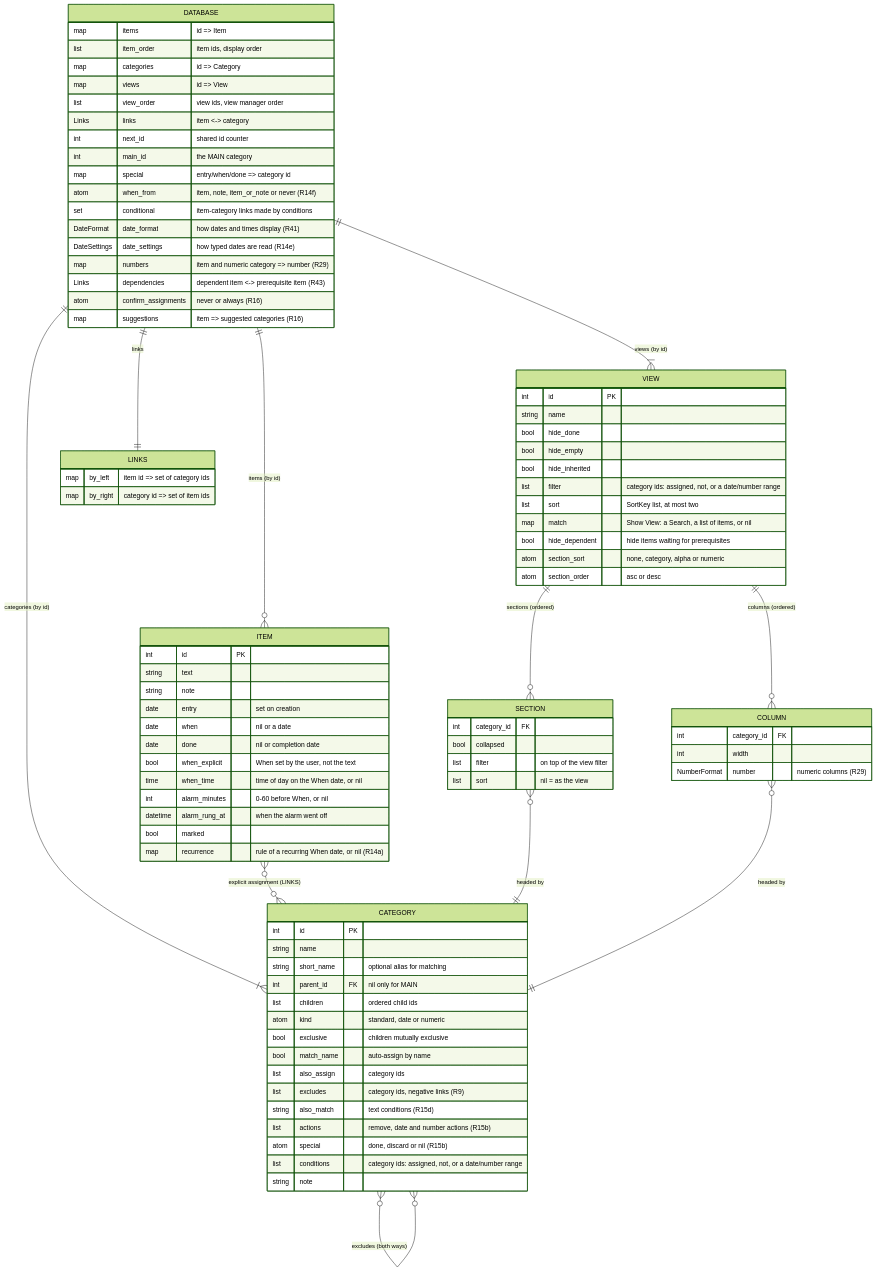
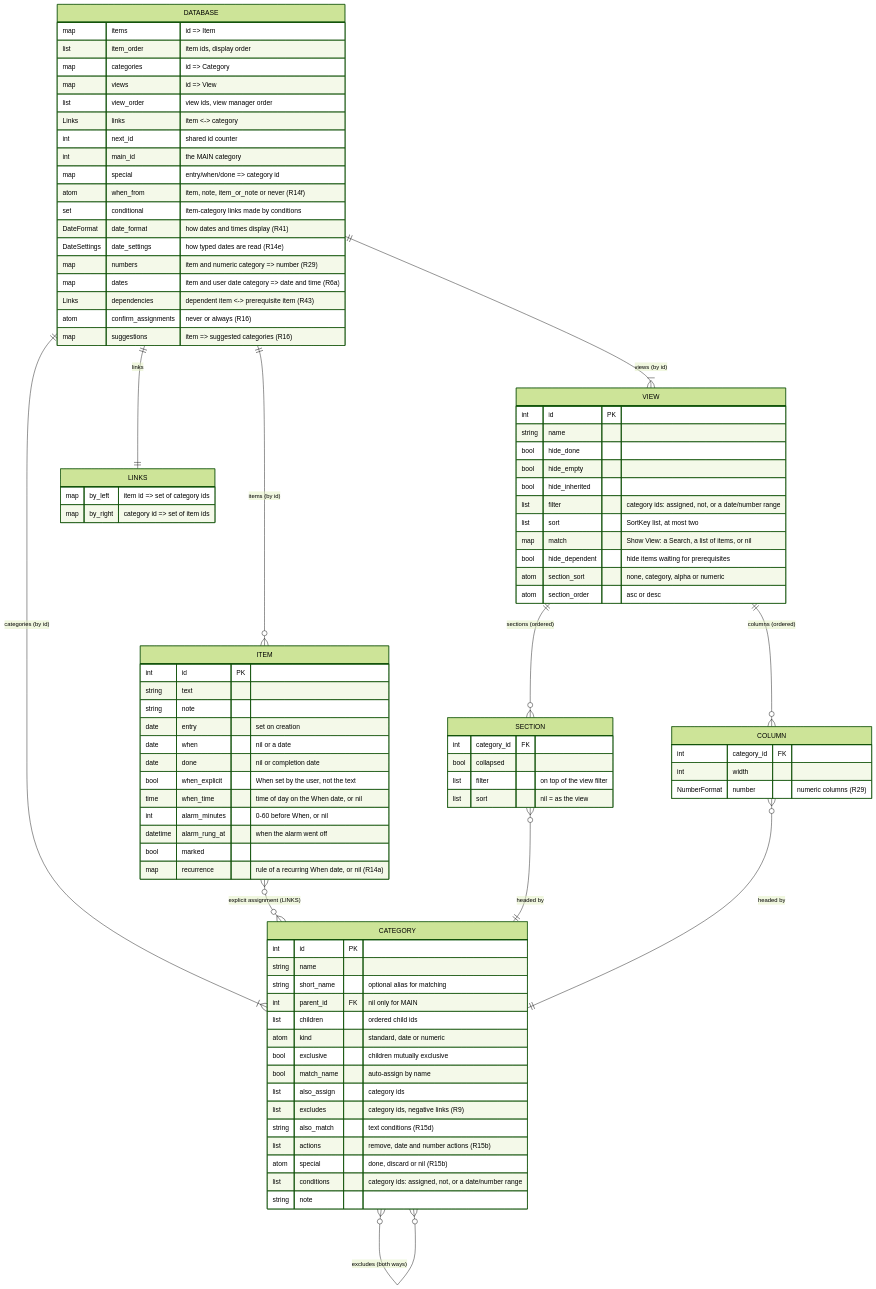
The first of 6 diagrams in docs/DATA_MODEL.md (jamting/agendum), drawn with Mermaid (forest theme) before and after one commit. The commit also changed other lines of this file and 20 other files, not shown here.

```diff
--- a/docs/DATA_MODEL.md
+++ b/docs/DATA_MODEL.md
@@ -39,6 +39,7 @@
         DateFormat date_format "how dates and times display (R41)"
         DateSettings date_settings "how typed dates are read (R14e)"
         map numbers "item and numeric category => number (R29)"
+        map dates "item and user date category => date and time (R6a)"
         Links dependencies "dependent item <-> prerequisite item (R43)"
         atom confirm_assignments "never or always (R16)"
         map suggestions "item => suggested categories (R16)"
```
